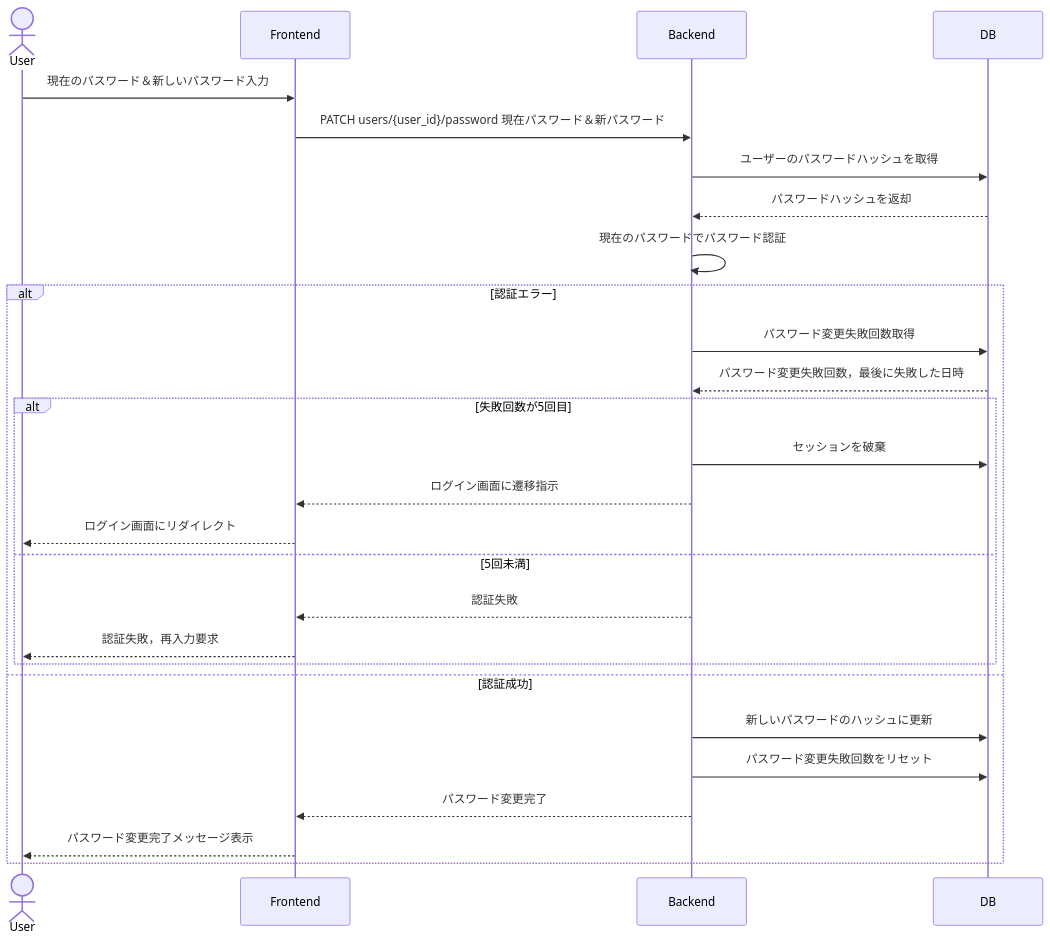
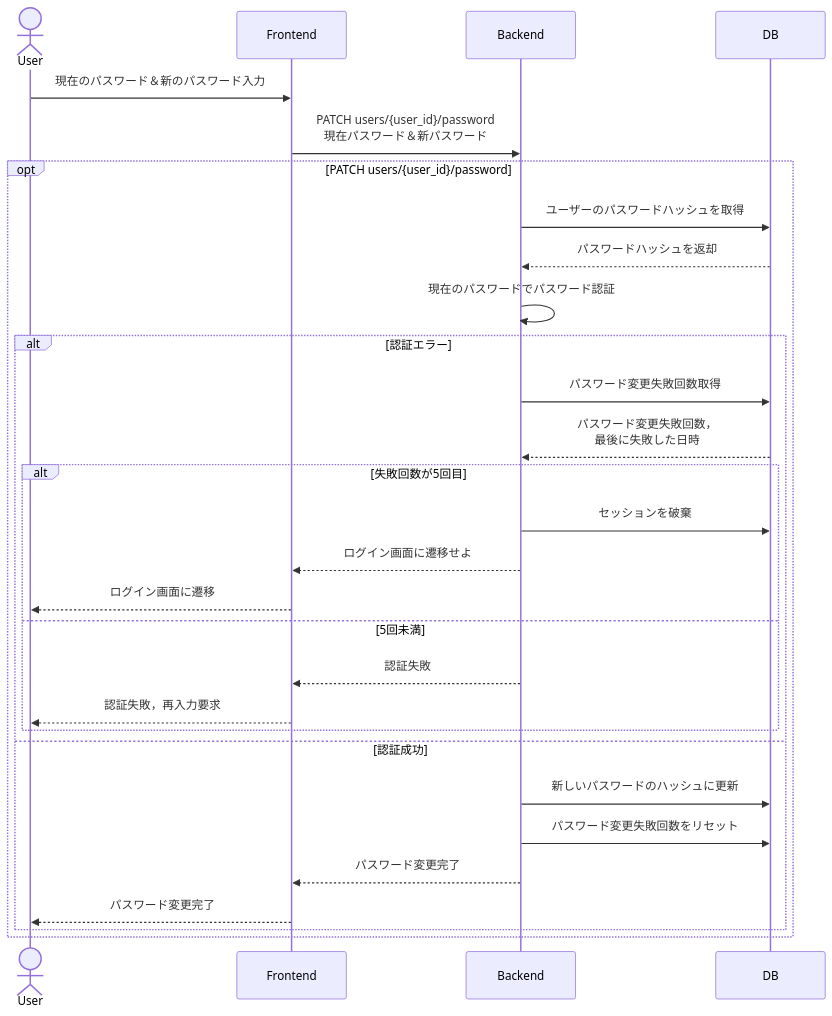
Before and after one commit to TUS-TI-dev-team/SyncTask: the ninth of 9 diagrams in docs/process_design.md, drawn with Mermaid. The commit also changed other lines of this file, not shown here.

````diff
--- a/docs/process_design.md
+++ b/docs/process_design.md
@@ -374,30 +395,32 @@
 ```mermaid
 sequenceDiagram
 	actor User
 	participant Frontend
 	participant Backend
 	participant DB
 	
-	User->>Frontend: 現在のパスワード＆新しいパスワード入力
-	Frontend->>Backend: PATCH users/{user_id}/password 現在パスワード＆新パスワード
-	Backend->>DB: ユーザーのパスワードハッシュを取得
-	DB-->>Backend: パスワードハッシュを返却
-	Backend->>Backend: 現在のパスワードでパスワード認証
-	alt 認証エラー
-		Backend->>DB: パスワード変更失敗回数取得
-		DB-->>Backend: パスワード変更失敗回数，最後に失敗した日時
-		alt 失敗回数が5回目
-			Backend->>DB: セッションを破棄
-			Backend-->>Frontend: ログイン画面に遷移指示
-			Frontend-->>User: ログイン画面にリダイレクト
-		else 5回未満
-			Backend-->>Frontend: 認証失敗
-			Frontend-->>User: 認証失敗，再入力要求
+	User->>Frontend: 現在のパスワード＆新のパスワード入力
+	Frontend->>Backend: PATCH users/{user_id}/password<br>現在パスワード＆新パスワード
+	opt PATCH users/{user_id}/password
+		Backend->>DB: ユーザーのパスワードハッシュを取得
+		DB-->>Backend: パスワードハッシュを返却
+		Backend->>Backend: 現在のパスワードでパスワード認証
+		alt 認証エラー
+			Backend->>DB: パスワード変更失敗回数取得
+			DB-->>Backend: パスワード変更失敗回数，<br>最後に失敗した日時
+			alt 失敗回数が5回目
+				Backend->>DB: セッションを破棄
+				Backend-->>Frontend: ログイン画面に遷移せよ
+				Frontend-->>User: ログイン画面に遷移
+			else 5回未満
+				Backend-->>Frontend: 認証失敗
+				Frontend-->>User: 認証失敗，再入力要求
+			end
+		else 認証成功
+			Backend->>DB: 新しいパスワードのハッシュに更新
+			Backend->>DB: パスワード変更失敗回数をリセット
+			Backend-->>Frontend: パスワード変更完了
+			Frontend-->>User: パスワード変更完了
 		end
-	else 認証成功
-		Backend->>DB: 新しいパスワードのハッシュに更新
-		Backend->>DB: パスワード変更失敗回数をリセット
-		Backend-->>Frontend: パスワード変更完了
-		Frontend-->>User: パスワード変更完了メッセージ表示
 	end
 ```
````
